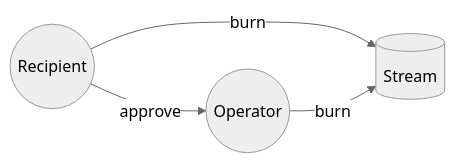
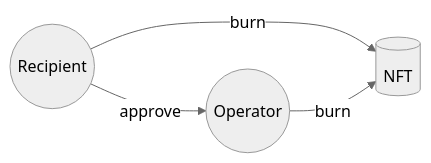
Before and after one commit to sablier-labs/docs: the first of 7 diagrams in docs/contracts/v2/reference/04-access-control.md, drawn with Mermaid (neutral theme). The commit also changed other lines of this file and 5 other files, not shown here.

````diff
--- a/docs/contracts/v2/reference/04-access-control.md
+++ b/docs/contracts/v2/reference/04-access-control.md
@@ -37,10 +38,10 @@
 ```mermaid
 flowchart LR;
     recipient((Recipient));
     operator((Operator));
-    stream[(Stream)];
+    nft[(NFT)];
 
-    recipient-- burn -->stream;
+    recipient-- burn -->nft;
     recipient-- approve -->operator;
-    operator-- burn -->stream;
+    operator-- burn -->nft;
 ```
````
